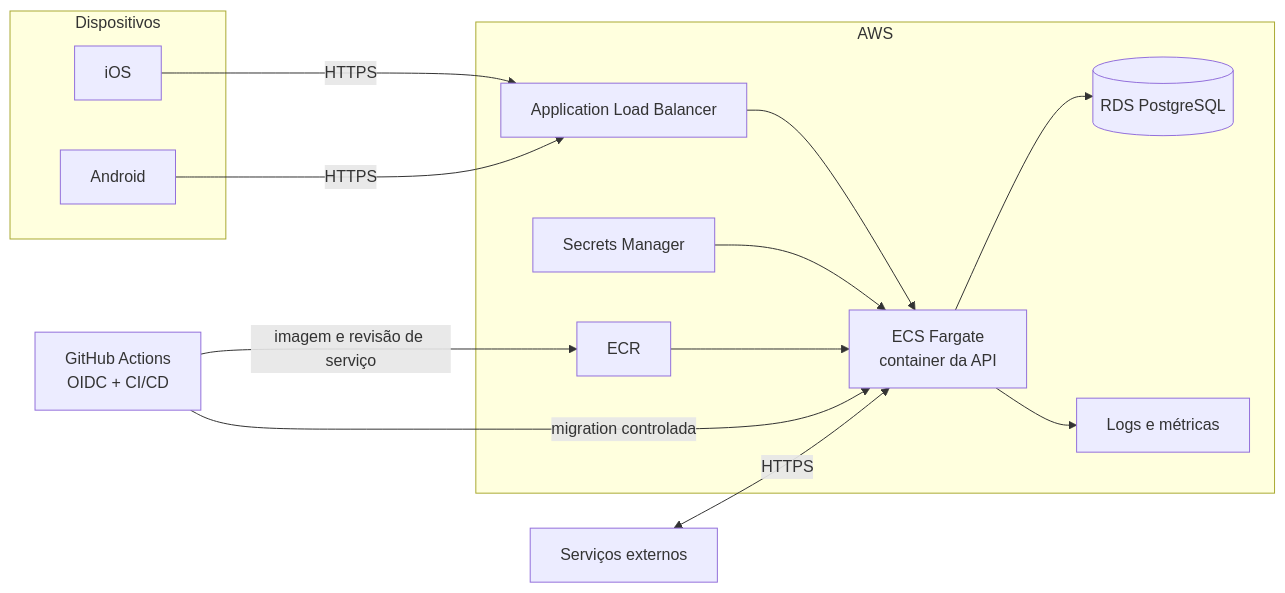
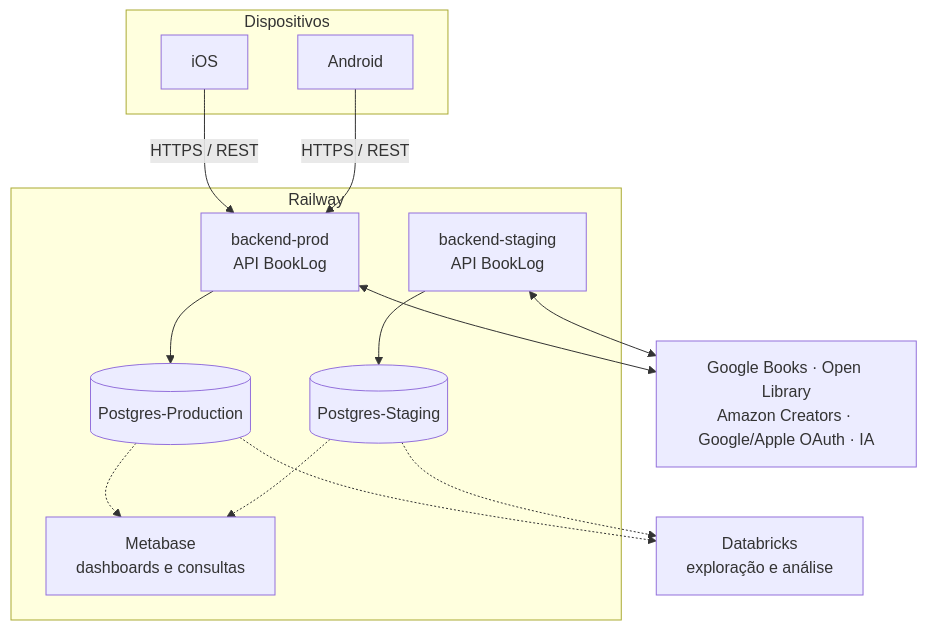
One commit to GabrielBuck/Lab-engenharia-de-software changed the diagram in docs/06-arquitetura/diagrama-implantacao.md. Above: the diagram before and after it, drawn with Mermaid. The commit also changed other lines of this file and 7 other files, not shown here.

Commit message:
docs(infra): align current architecture with Railway

````diff
--- a/docs/06-arquitetura/diagrama-implantacao.md
+++ b/docs/06-arquitetura/diagrama-implantacao.md
@@ -4,25 +5,22 @@
 ```mermaid
-flowchart LR
+flowchart TB
   subgraph Clients["Dispositivos"]
     iOS["iOS"]
     Android["Android"]
   end
-  subgraph AWS["AWS"]
-    ALB["Application Load Balancer"]
-    ECS["ECS Fargate\ncontainer da API"]
-    RDS[("RDS PostgreSQL")]
-    Secrets["Secrets Manager"]
-    ECR["ECR"]
-    Logs["Logs e métricas"]
-    ALB --> ECS
-    ECS --> RDS
-    Secrets --> ECS
-    ECR --> ECS
-    ECS --> Logs
+
+  subgraph Railway["Railway"]
+    Prod["backend-prod\nAPI BookLog"] --> ProdDB[("Postgres-Production")]
+    Staging["backend-staging\nAPI BookLog"] --> StagingDB[("Postgres-Staging")]
+    Metabase["Metabase\ndashboards e consultas"]
+    ProdDB -.-> Metabase
+    StagingDB -.-> Metabase
   end
-  iOS -->|HTTPS| ALB
-  Android -->|HTTPS| ALB
-  Providers["Serviços externos"] <-->|HTTPS| ECS
-  GitHub["GitHub Actions\nOIDC + CI/CD"] -->|imagem e revisão de serviço| ECR
-  GitHub -->|migration controlada| ECS
+
+  iOS -->|HTTPS / REST| Prod
+  Android -->|HTTPS / REST| Prod
+  Prod <--> Providers["Google Books · Open Library\nAmazon Creators · Google/Apple OAuth · IA"]
+  Staging <--> Providers
+  ProdDB -.-> Databricks["Databricks\nexploração e análise"]
+  StagingDB -.-> Databricks
 ```
````
